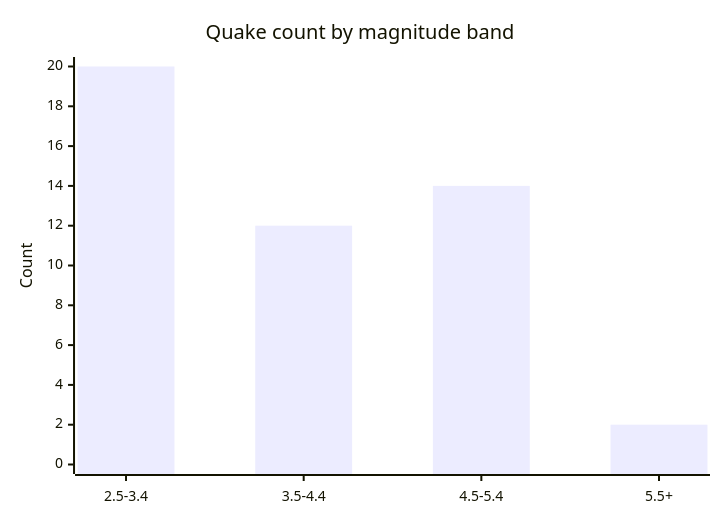
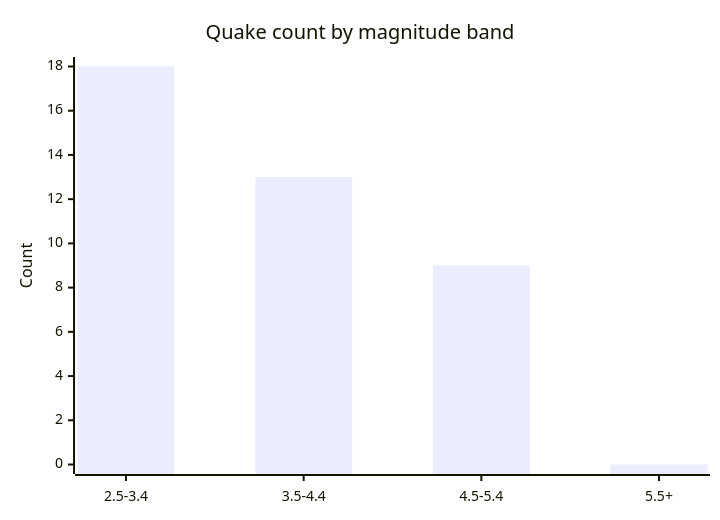
Before and after one commit to Midwest-Stratospheric/aerostratospheric-defense-gir: the fifth of 6 diagrams in docs/GRAPHS.md, drawn with Mermaid. The commit also changed other lines of this file and 23 other files, not shown here.

````diff
--- a/docs/GRAPHS.md
+++ b/docs/GRAPHS.md
@@ -82,7 +82,7 @@
 ```mermaid
 xychart-beta
   title "Quake count by magnitude band"
   x-axis ["2.5-3.4", "3.5-4.4", "4.5-5.4", "5.5+"]
-  y-axis "Count" 0 --> 20
-  bar [20, 12, 14, 2]
+  y-axis "Count" 0 --> 18
+  bar [18, 13, 9, 0]
 ```
````
